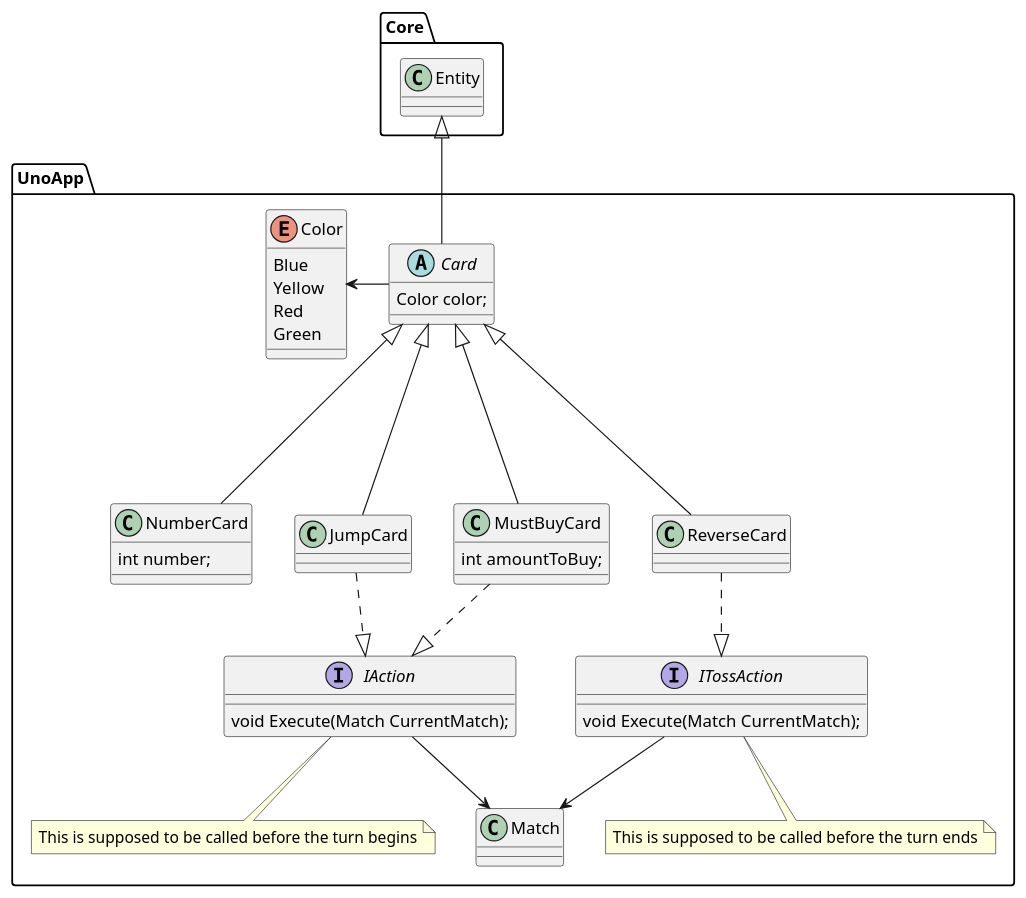
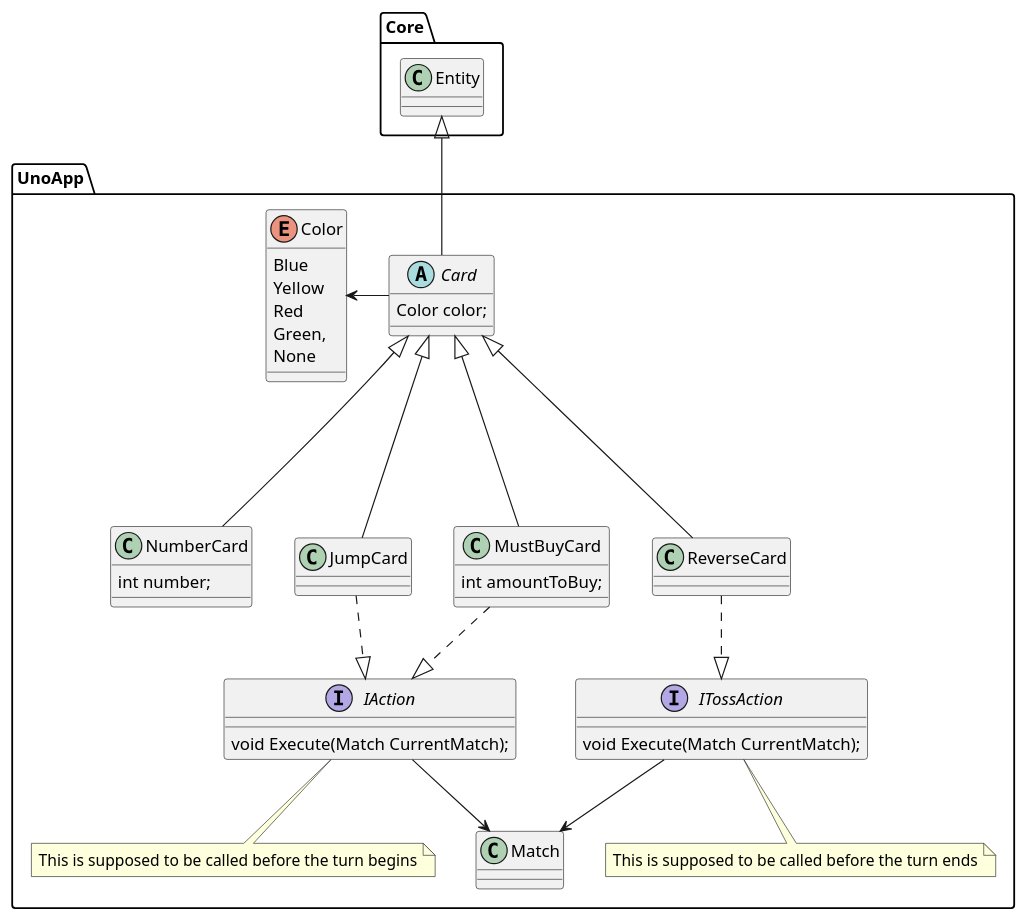
Before and after one commit to rodrigoaadias/UnoGameProjectCpp: the diagram in Documentation/CardsUML.puml, drawn with PlantUML. The commit also changed 16 other files, not shown here.

Commit message:
updated the architecture and fixed some dependencies problems

```diff
--- a/Documentation/CardsUML.puml
+++ b/Documentation/CardsUML.puml
@@ -1,63 +1,64 @@
 @startuml
 'https://plantuml.com/class-diagram
 
 package Core{
     class Entity{
     }
 }
 
 package UnoApp{
     enum Color{
         Blue
         Yellow
         Red
-        Green
+        Green,
+        None
     }
 
     abstract class Card{
         Color color;
     }
 
     class NumberCard{
         int number;
     }
 
     class MustBuyCard{
         int amountToBuy;
     }
 
     class ReverseCard{
     }
 
     class JumpCard{
     }
 
     Entity <|-- Card
     Color <- Card
     Card <|--- NumberCard
     Card <|--- MustBuyCard
     Card <|--- ReverseCard
     Card <|--- JumpCard
 
     interface IAction{
         void Execute(Match CurrentMatch);
     }
 
     interface ITossAction{    
         void Execute(Match CurrentMatch);
     }
 
     MustBuyCard ..|> IAction
     JumpCard ..|> IAction
     ReverseCard ..|> ITossAction
     
     class Match{
     }
 
     note bottom of ITossAction : This is supposed to be called before the turn ends
     note bottom of IAction : This is supposed to be called before the turn begins
 
     IAction --> Match
     ITossAction --> Match
 }
 @enduml
```
